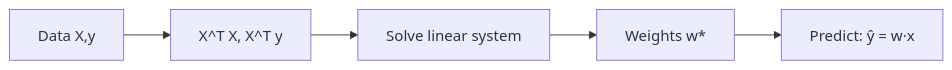
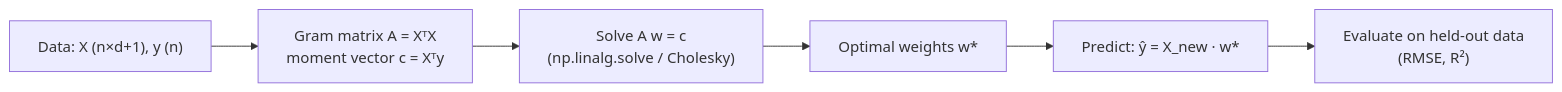
The first of 2 diagrams in roadmap/phase-1-classical-ml/02-linear-regression.md (ABHIRAM3007/itp), drawn with Mermaid before and after one commit. The commit also changed other lines of this file and 23 other files, not shown here.

````diff
--- a/roadmap/phase-1-classical-ml/02-linear-regression.md
+++ b/roadmap/phase-1-classical-ml/02-linear-regression.md
@@ -137,7 +159,8 @@
 ```mermaid
 flowchart LR
-    D[Data X,y] --> N["X^T X, X^T y"]
-    N --> S["Solve linear system"]
-    S --> W["Weights w*"]
-    W --> P["Predict: ŷ = w·x"]
+    D["Data: X (n×d+1), y (n)"] --> G["Gram matrix A = XᵀX<br/>moment vector c = Xᵀy"]
+    G --> S["Solve A w = c<br/>(np.linalg.solve / Cholesky)"]
+    S --> W["Optimal weights w*"]
+    W --> P["Predict: ŷ = X_new · w*"]
+    P --> E["Evaluate on held-out data<br/>(RMSE, R²)"]
 ```
````
